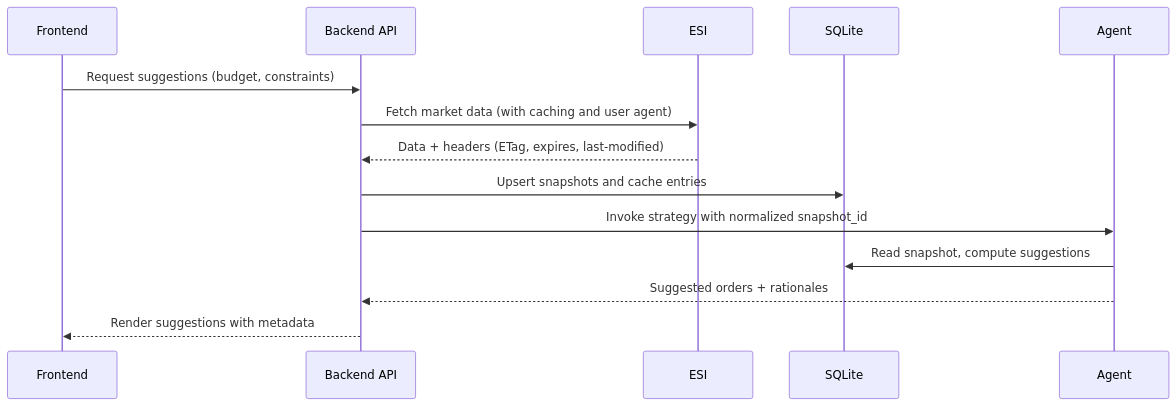
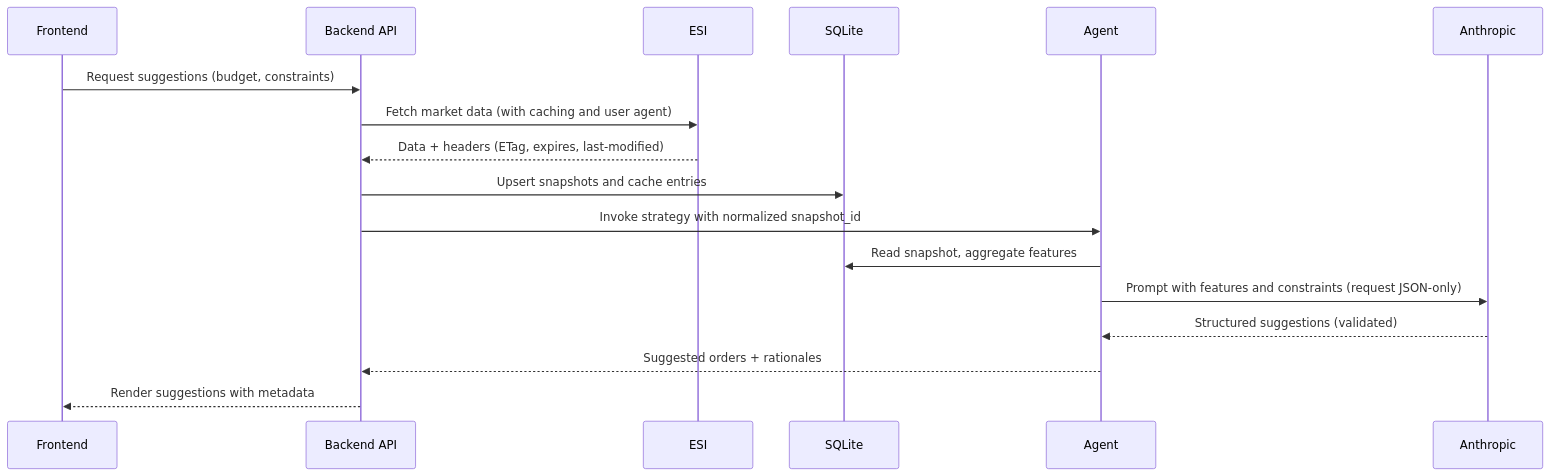
Before and after one commit to chrisdruidman/eve-trading-assistant: the diagram in docs/AI_AGENT_GUIDE.md, drawn with Mermaid. The commit also changed other lines of this file and 2 other files, not shown here.

````diff
--- a/docs/AI_AGENT_GUIDE.md
+++ b/docs/AI_AGENT_GUIDE.md
@@ -81,17 +106,20 @@
 ```mermaid
 sequenceDiagram
   participant UI as Frontend
   participant API as Backend API
   participant ESI as ESI
   participant DB as SQLite
   participant AG as Agent
+  participant LLM as Anthropic
 
   UI->>API: Request suggestions (budget, constraints)
   API->>ESI: Fetch market data (with caching and user agent)
   ESI-->>API: Data + headers (ETag, expires, last-modified)
   API->>DB: Upsert snapshots and cache entries
   API->>AG: Invoke strategy with normalized snapshot_id
-  AG->>DB: Read snapshot, compute suggestions
+  AG->>DB: Read snapshot, aggregate features
+  AG->>LLM: Prompt with features and constraints (request JSON-only)
+  LLM-->>AG: Structured suggestions (validated)
   AG-->>API: Suggested orders + rationales
   API-->>UI: Render suggestions with metadata
 ```
````
